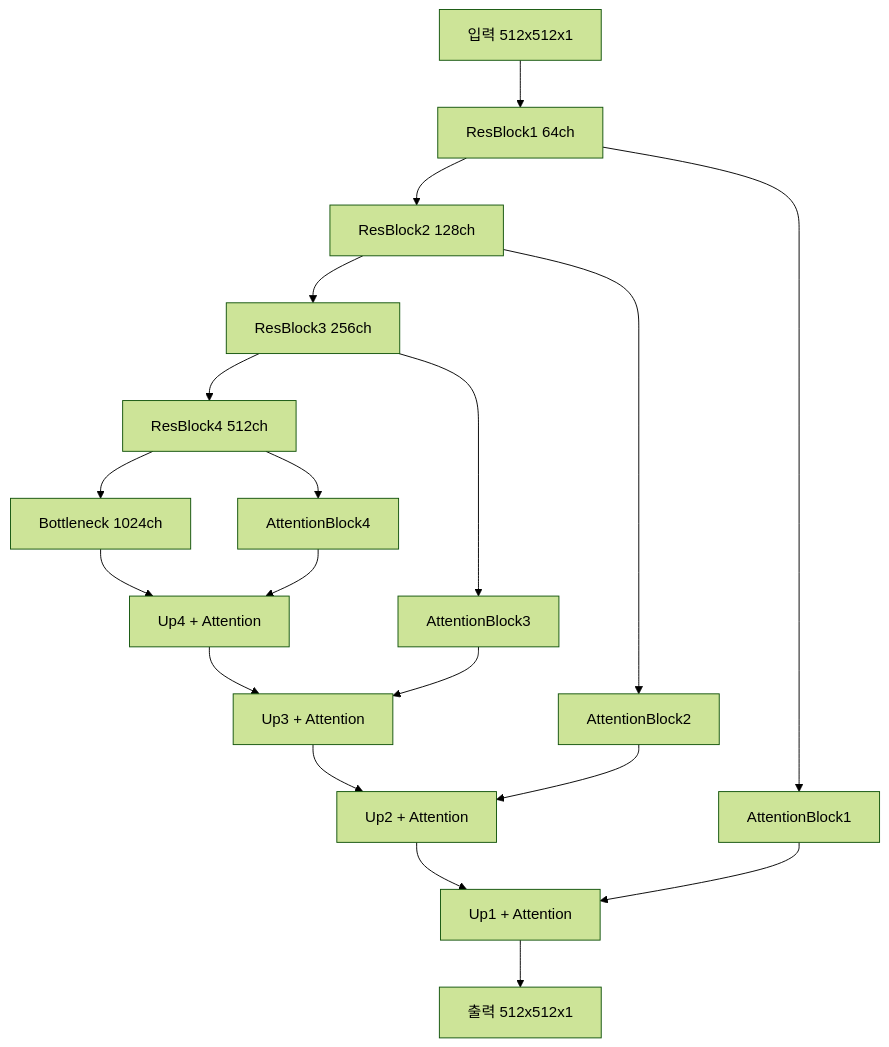
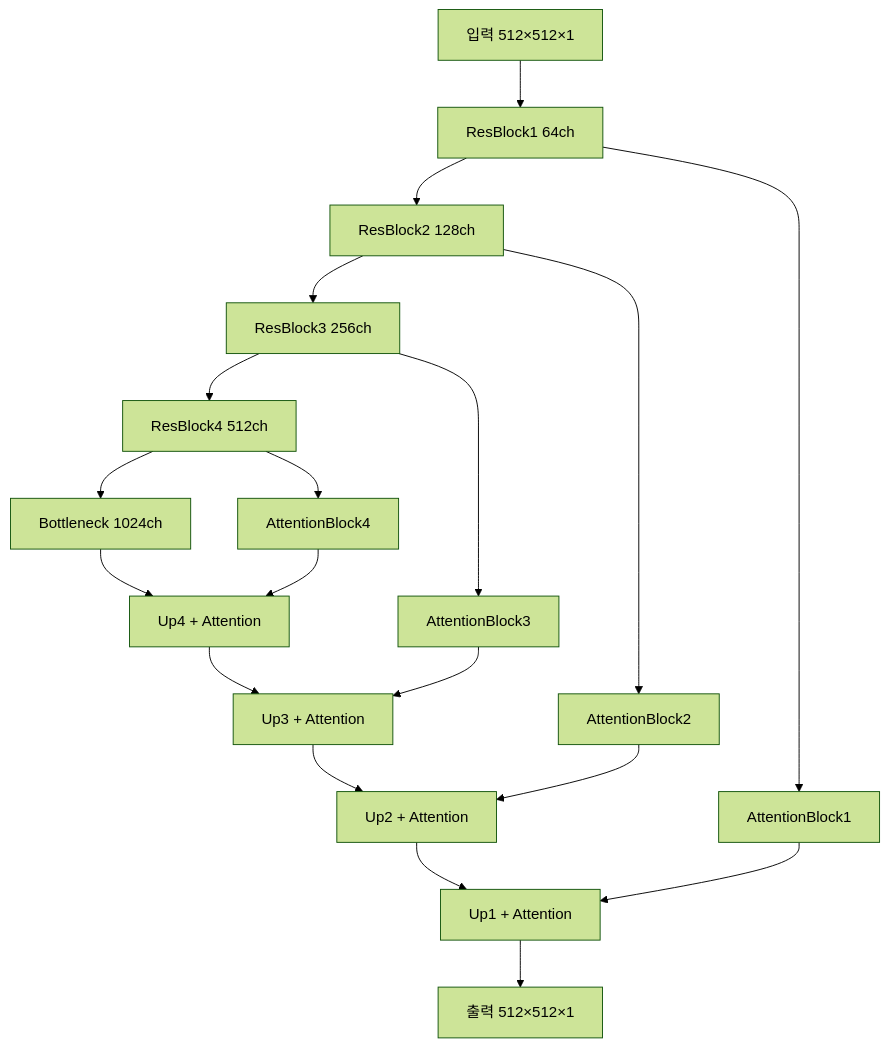
The sixth of 6 diagrams in 스프린트미션_작업중/미션5_4팀_김명환.md (c0z0c/sprint_mission), drawn with Mermaid (forest theme) before and after one commit. The commit also changed other lines of this file, not shown here.

````diff
--- a/스프린트미션_작업중/미션5_4팀_김명환.md
+++ b/스프린트미션_작업중/미션5_4팀_김명환.md
@@ -146,22 +235,22 @@
 ```mermaid
 graph TD
-    A[입력 512x512x1] --> B[ResBlock1 64ch]
-    B --> C[ResBlock2 128ch]
-    C --> D[ResBlock3 256ch]
-    D --> E[ResBlock4 512ch]
-    E --> F[Bottleneck 1024ch]
+    A["입력 512×512×1"] --> B["ResBlock1 64ch"]
+    B --> C["ResBlock2 128ch"]
+    C --> D["ResBlock3 256ch"]
+    D --> E["ResBlock4 512ch"]
+    E --> F["Bottleneck 1024ch"]
     
-    F --> G[Up4 + Attention]
-    E --> H[AttentionBlock4]
+    F --> G["Up4 + Attention"]
+    E --> H["AttentionBlock4"]
     H --> G
-    G --> I[Up3 + Attention]
-    D --> J[AttentionBlock3]
+    G --> I["Up3 + Attention"]
+    D --> J["AttentionBlock3"]
     J --> I
-    I --> K[Up2 + Attention]
-    C --> L[AttentionBlock2]
+    I --> K["Up2 + Attention"]
+    C --> L["AttentionBlock2"]
     L --> K
-    K --> M[Up1 + Attention]
-    B --> N[AttentionBlock1]
+    K --> M["Up1 + Attention"]
+    B --> N["AttentionBlock1"]
     N --> M
-    M --> O[출력 512x512x1]
+    M --> O["출력 512×512×1"]
 ```
````
